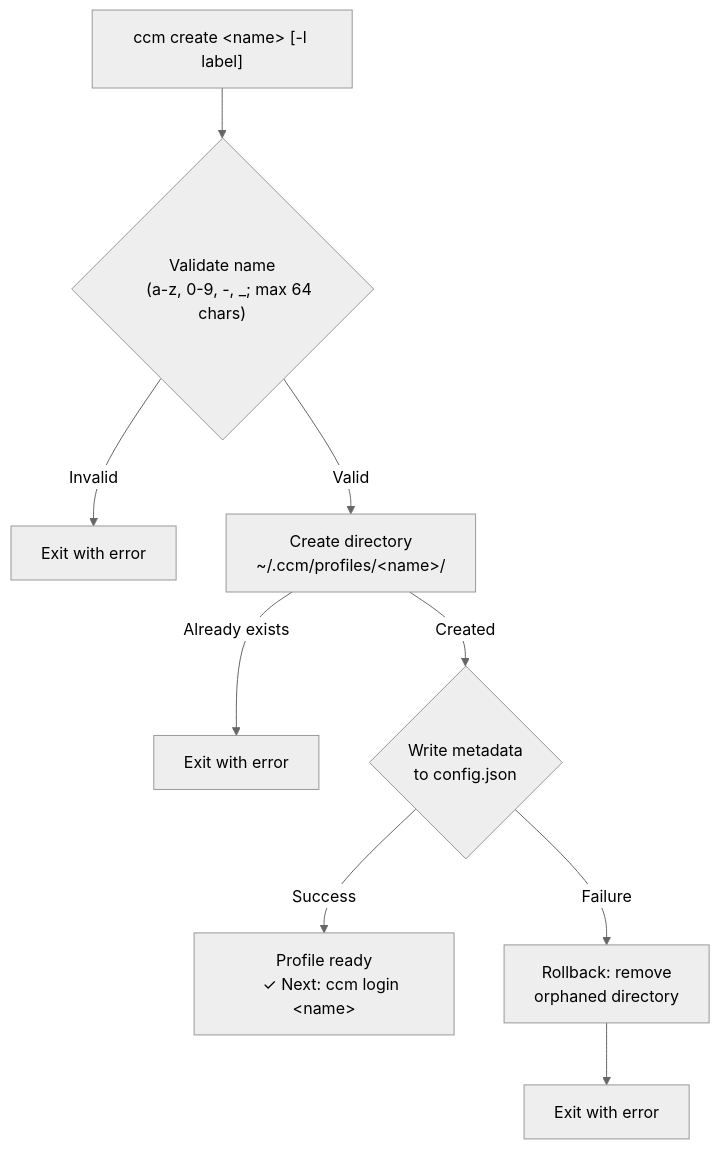
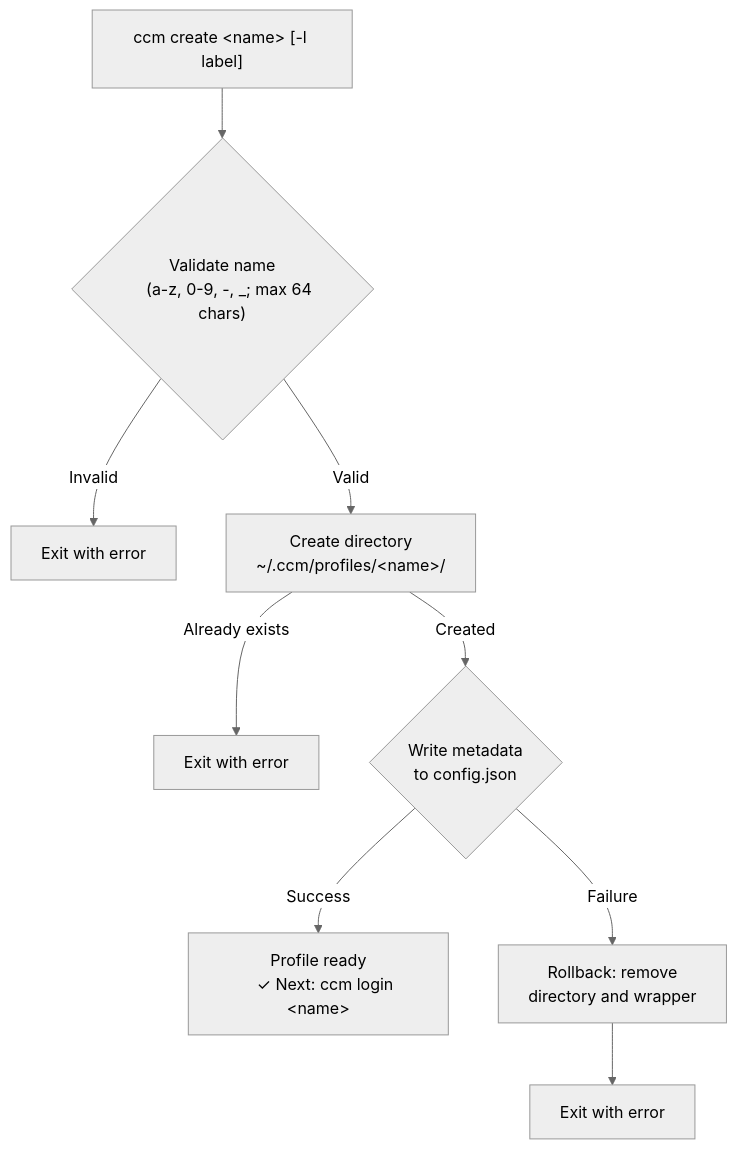
One commit to Remeic/ccm changed the first of 4 diagrams in README.md. Above: the diagram before and after it, drawn with Mermaid (neutral theme). The commit also changed other lines of this file and 19 other files, not shown here.

````diff
--- a/README.md
+++ b/README.md
@@ -196,16 +197,16 @@
 ```mermaid
 flowchart TD
     A["ccm create &lt;name&gt; [-l label]"] --> B{"Validate name
     (a-z, 0-9, -, _; max 64 chars)"}
     B -->|Invalid| ERR1["Exit with error"]
     B -->|Valid| C["Create directory
     ~/.ccm/profiles/&lt;name&gt;/"]
     C -->|Already exists| ERR2["Exit with error"]
     C -->|Created| D{"Write metadata
     to config.json"}
     D -->|Success| E["Profile ready
     ✓ Next: ccm login &lt;name&gt;"]
     D -->|Failure| F["Rollback: remove
-    orphaned directory"]
+    directory and wrapper"]
     F --> ERR3["Exit with error"]
 ```
````
